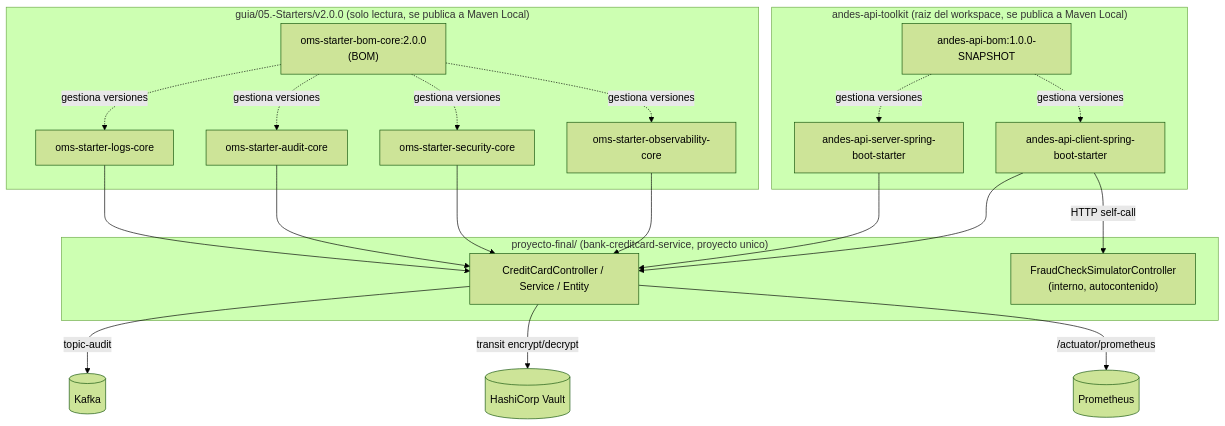
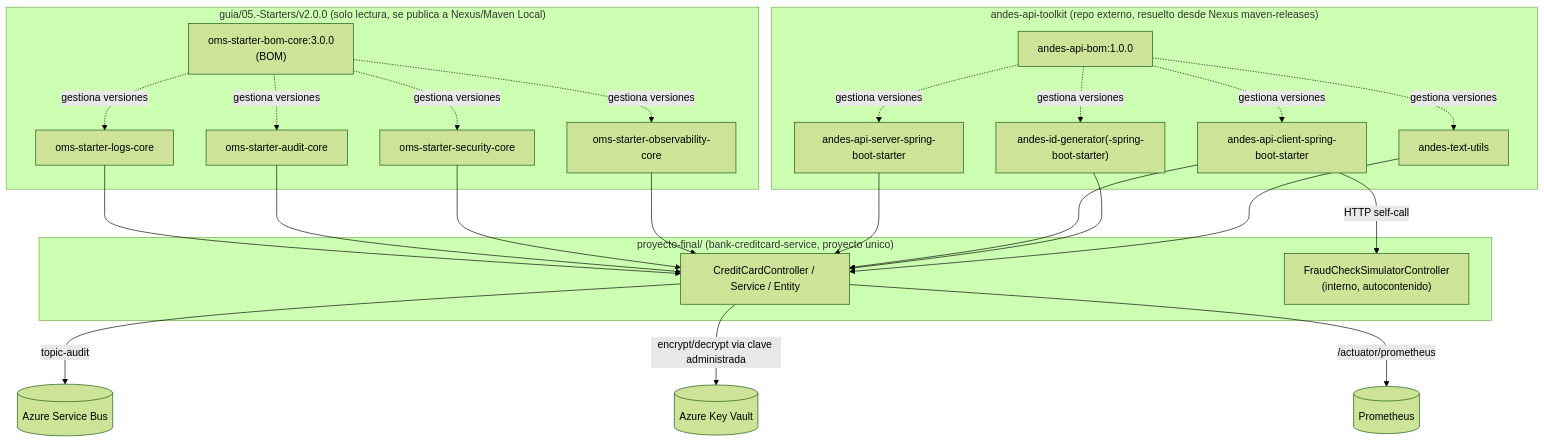
One commit to AdrianN17/ProyectoFinalStartedGT changed the first of 2 diagrams in proyecto-final/docs/ARQUITECTURA.md. Above: the diagram before and after it, drawn with Mermaid (forest theme). The commit also changed other lines of this file and 265 other files, not shown here.

````diff
--- a/proyecto-final/docs/ARQUITECTURA.md
+++ b/proyecto-final/docs/ARQUITECTURA.md
@@ -5,40 +5,46 @@
 ```mermaid
 graph TB
-    subgraph "guia/05.-Starters/v2.0.0 (solo lectura, se publica a Maven Local)"
-        BOM["oms-starter-bom-core:2.0.0<br/>(BOM)"]
+    subgraph "guia/05.-Starters/v2.0.0 (solo lectura, se publica a Nexus/Maven Local)"
+        BOM["oms-starter-bom-core:3.0.0<br/>(BOM)"]
         LOGS["oms-starter-logs-core"]
         AUDIT["oms-starter-audit-core"]
         SEC["oms-starter-security-core"]
         OBS["oms-starter-observability-core"]
     end
 
-    subgraph "andes-api-toolkit (raiz del workspace, se publica a Maven Local)"
-        ANDESBOM["andes-api-bom:1.0.0-SNAPSHOT"]
+    subgraph "andes-api-toolkit (repo externo, resuelto desde Nexus maven-releases)"
+        ANDESBOM["andes-api-bom:1.0.0"]
         ASERVER["andes-api-server-spring-boot-starter"]
         ACLIENT["andes-api-client-spring-boot-starter"]
+        AIDGEN["andes-id-generator(-spring-boot-starter)"]
+        ATEXT["andes-text-utils"]
     end
 
     subgraph "proyecto-final/ (bank-creditcard-service, proyecto unico)"
         APP["CreditCardController / Service / Entity"]
         FRAUD["FraudCheckSimulatorController<br/>(interno, autocontenido)"]
     end
 
     BOM -. gestiona versiones .-> LOGS
     BOM -. gestiona versiones .-> AUDIT
     BOM -. gestiona versiones .-> SEC
     BOM -. gestiona versiones .-> OBS
     ANDESBOM -. gestiona versiones .-> ASERVER
     ANDESBOM -. gestiona versiones .-> ACLIENT
+    ANDESBOM -. gestiona versiones .-> AIDGEN
+    ANDESBOM -. gestiona versiones .-> ATEXT
 
     LOGS --> APP
     AUDIT --> APP
     SEC --> APP
     OBS --> APP
     ASERVER --> APP
     ACLIENT --> APP
+    AIDGEN --> APP
+    ATEXT --> APP
 
-    APP -->|topic-audit| KAFKA[(Kafka)]
-    APP -->|transit encrypt/decrypt| VAULT[(HashiCorp Vault)]
+    APP -->|topic-audit| SBUS[(Azure Service Bus)]
+    APP -->|encrypt/decrypt via clave administrada| AKV[(Azure Key Vault)]
     APP -->|/actuator/prometheus| PROM[(Prometheus)]
     ACLIENT -->|HTTP self-call| FRAUD
 ```
````
